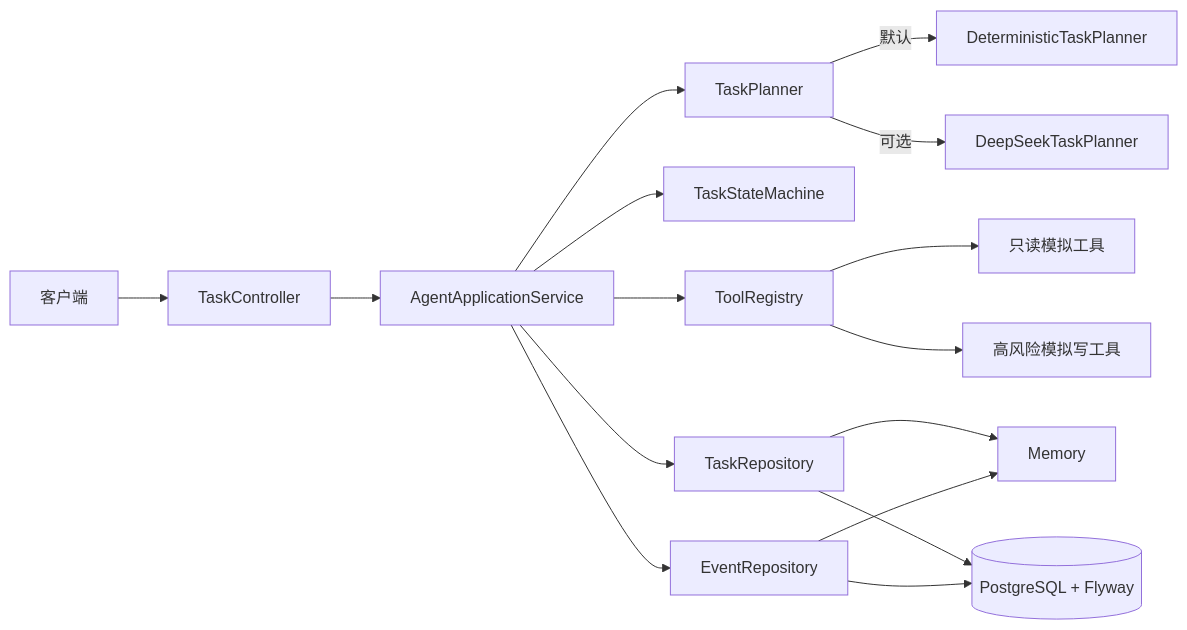
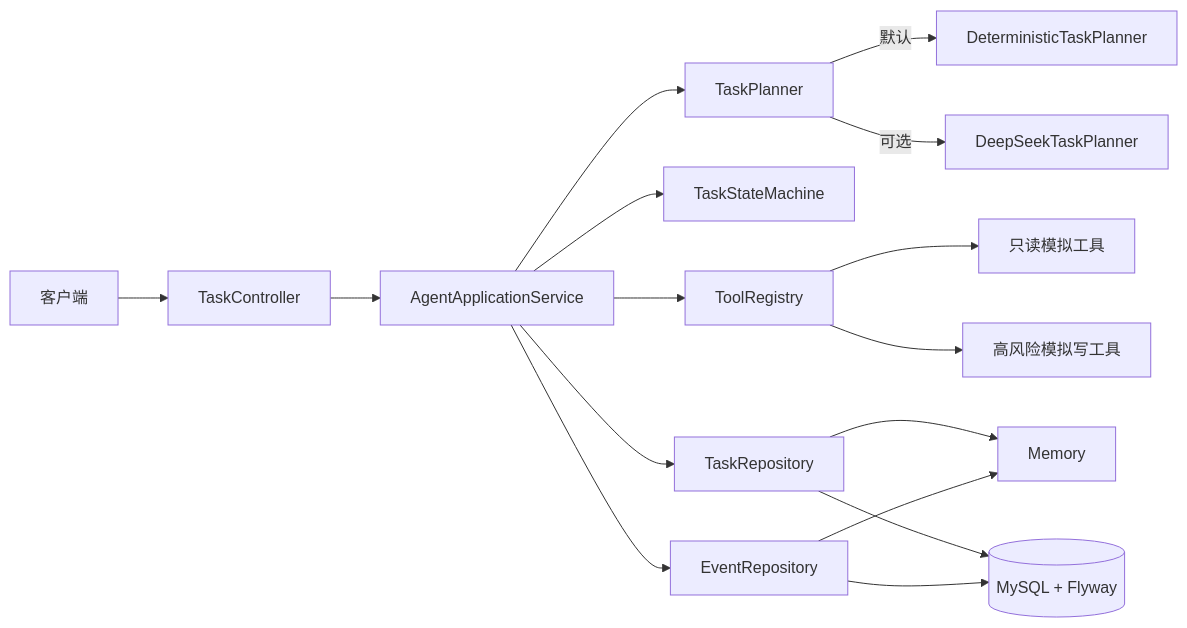
Before and after one commit to Zdanquxunhuan/agent-workflow-1: the first of 7 diagrams in agent-workflow-1/docs/diagrams.md, drawn with Mermaid. The commit also changed other lines of this file and 20 other files, not shown here.

````diff
--- a/agent-workflow-1/docs/diagrams.md
+++ b/agent-workflow-1/docs/diagrams.md
@@ -7,18 +7,18 @@
 ```mermaid
 flowchart LR
     C[客户端] --> TC[TaskController]
     TC --> AS[AgentApplicationService]
     AS --> P[TaskPlanner]
     P -->|默认| DP[DeterministicTaskPlanner]
     P -->|可选| DS[DeepSeekTaskPlanner]
     AS --> SM[TaskStateMachine]
     AS --> TR[ToolRegistry]
     TR --> RT[只读模拟工具]
     TR --> WT[高风险模拟写工具]
     AS --> RP[TaskRepository]
     AS --> EP[EventRepository]
     RP --> MEM[Memory]
-    RP --> PG[(PostgreSQL + Flyway)]
+    RP --> PG[(MySQL + Flyway)]
     EP --> MEM
     EP --> PG
 ```
````
